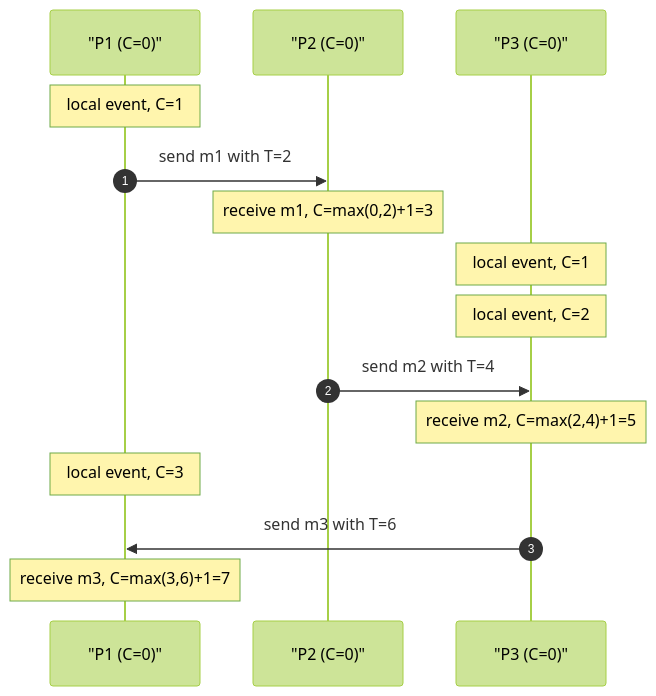
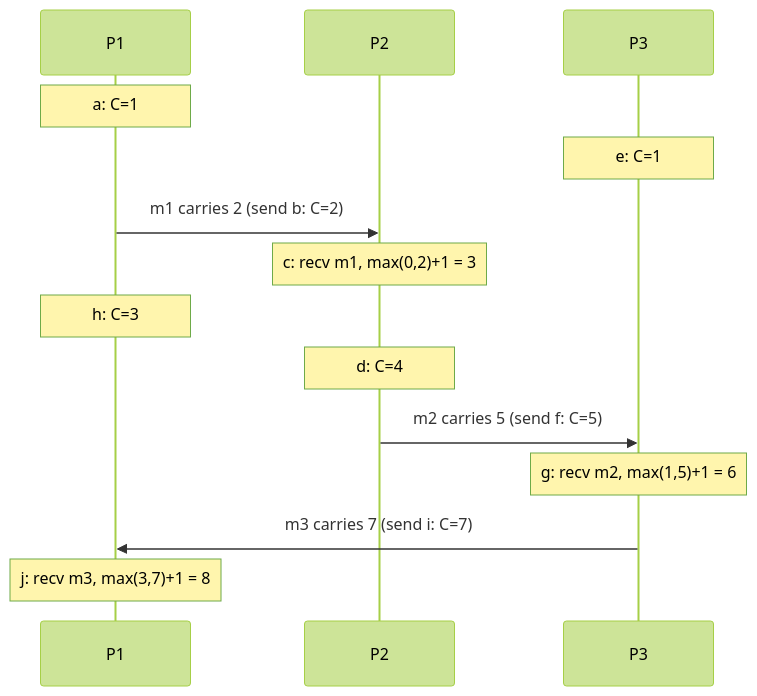
One commit to gorkemsari/distributed-systems changed the first of 6 diagrams in src/content/docs/en/foundations/time-and-ordering/lamport-timestamps.mdx. Above: the diagram before and after it, drawn with Mermaid (forest theme). The commit also changed other lines of this file and 3 other files, not shown here.

````diff
--- a/src/content/docs/en/foundations/time-and-ordering/lamport-timestamps.mdx
+++ b/src/content/docs/en/foundations/time-and-ordering/lamport-timestamps.mdx
@@ -19,17 +35,16 @@
 ```mermaid
 sequenceDiagram
-    autonumber
-    participant P1 as "P1 (C=0)"
-    participant P2 as "P2 (C=0)"
-    participant P3 as "P3 (C=0)"
-    Note over P1: local event, C=1
-    P1->>P2: send m1 with T=2
-    Note over P2: receive m1, C=max(0,2)+1=3
-    Note over P3: local event, C=1
-    Note over P3: local event, C=2
-    P2->>P3: send m2 with T=4
-    Note over P3: receive m2, C=max(2,4)+1=5
-    Note over P1: local event, C=3
-    P3->>P1: send m3 with T=6
-    Note over P1: receive m3, C=max(3,6)+1=7
+    participant P1
+    participant P2
+    participant P3
+    Note over P1: a: C=1
+    Note over P3: e: C=1
+    P1->>P2: m1 carries 2 (send b: C=2)
+    Note over P2: c: recv m1, max(0,2)+1 = 3
+    Note over P1: h: C=3
+    Note over P2: d: C=4
+    P2->>P3: m2 carries 5 (send f: C=5)
+    Note over P3: g: recv m2, max(1,5)+1 = 6
+    P3->>P1: m3 carries 7 (send i: C=7)
+    Note over P1: j: recv m3, max(3,7)+1 = 8
 ```
````
